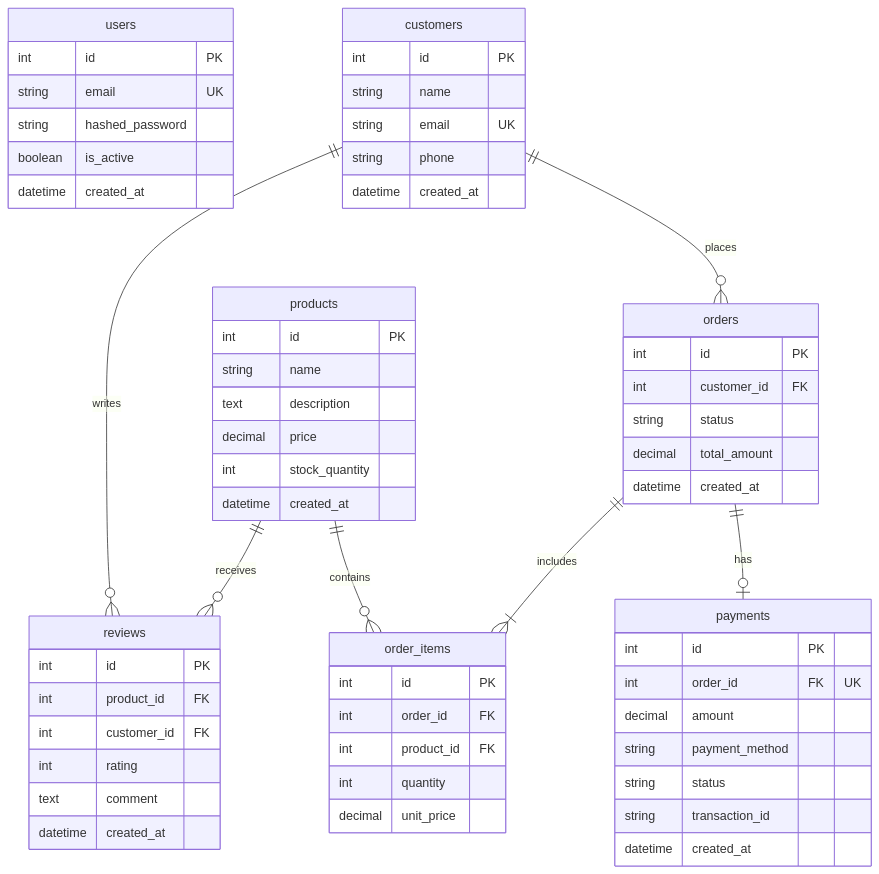
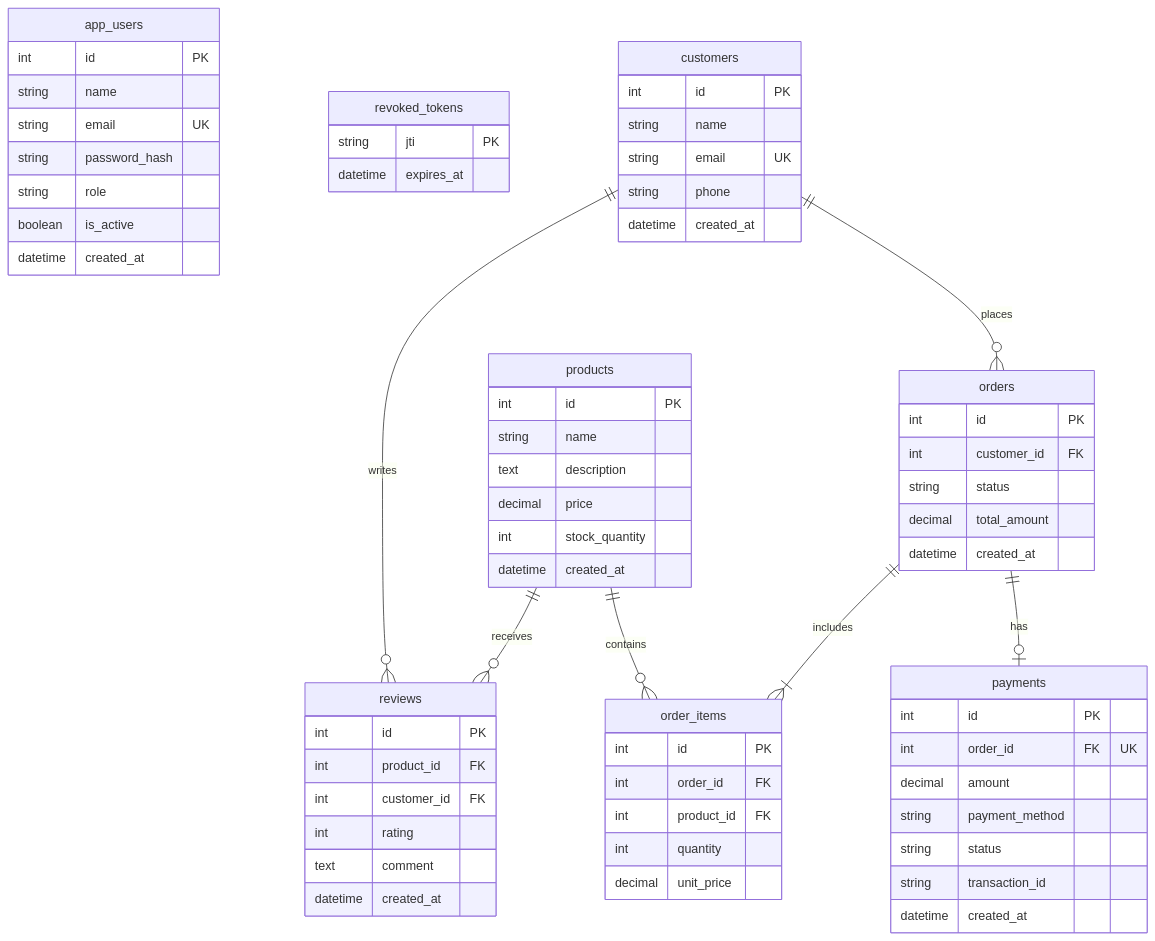
One commit to prakhartripath0001/Retain-IQ changed the diagram in docs/database-schema.md. Above: the diagram before and after it, drawn with Mermaid. The commit also changed 29 other files, not shown here.

````diff
--- a/docs/database-schema.md
+++ b/docs/database-schema.md
@@ -7,69 +7,76 @@
 ```mermaid
 erDiagram
-    users {
+    app_users {
         int id PK
+        string name
         string email UK
-        string hashed_password
+        string password_hash
+        string role
         boolean is_active
         datetime created_at
+    }
+
+    revoked_tokens {
+        string jti PK
+        datetime expires_at
     }
 
     customers {
         int id PK
         string name
         string email UK
         string phone
         datetime created_at
     }
 
     products {
         int id PK
         string name
         text description
         decimal price
         int stock_quantity
         datetime created_at
     }
 
     orders {
         int id PK
         int customer_id FK
         string status
         decimal total_amount
         datetime created_at
     }
 
     order_items {
         int id PK
         int order_id FK
         int product_id FK
         int quantity
         decimal unit_price
     }
 
     payments {
         int id PK
         int order_id FK "UK"
         decimal amount
         string payment_method
         string status
         string transaction_id
         datetime created_at
     }
 
     reviews {
         int id PK
         int product_id FK
         int customer_id FK
         int rating
         text comment
         datetime created_at
     }
 
     customers ||--o{ orders : places
     customers ||--o{ reviews : writes
     products ||--o{ order_items : contains
     products ||--o{ reviews : receives
     orders ||--|{ order_items : includes
     orders ||--o| payments : has
 ```
````
